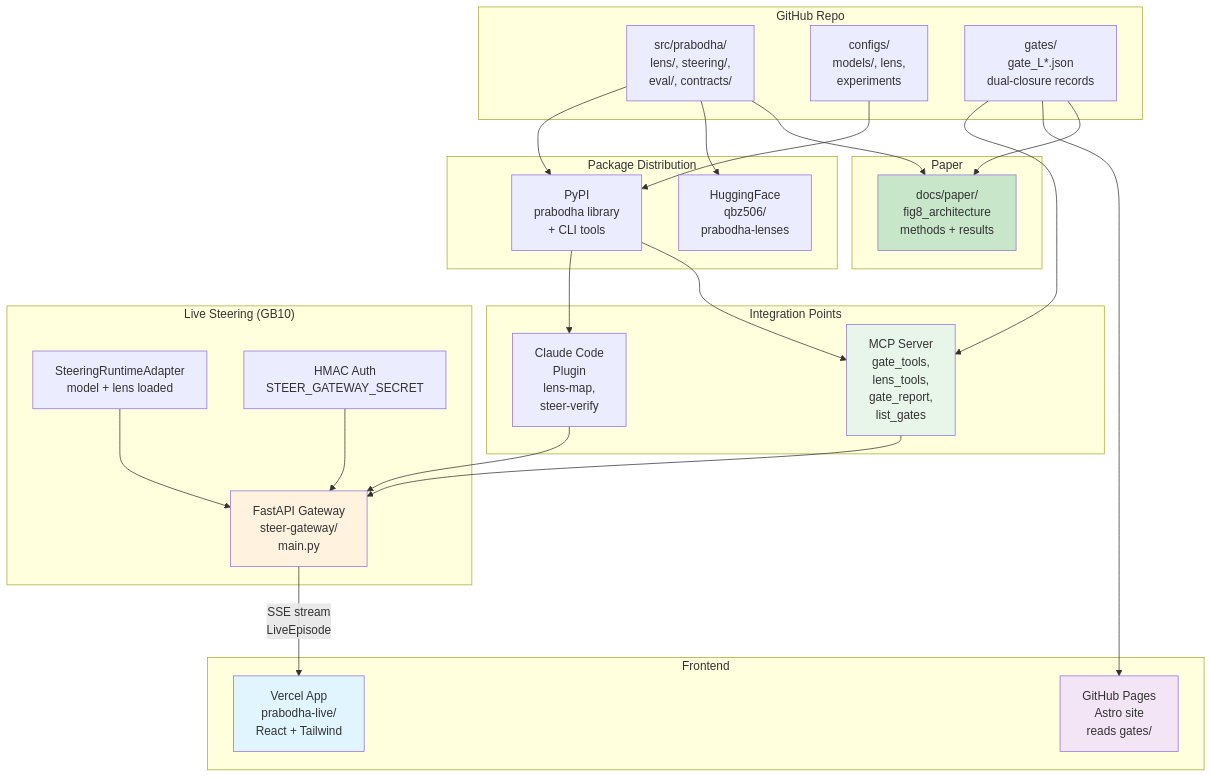
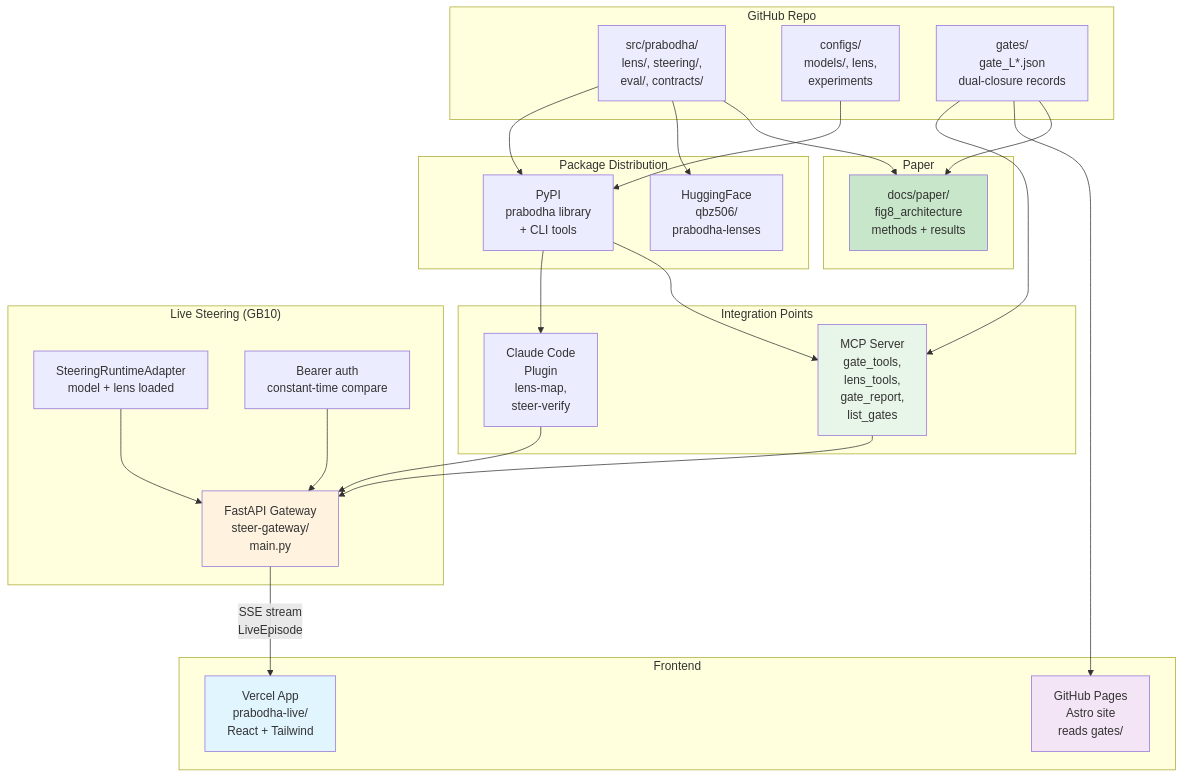
Before and after one commit to SharathSPhD/prabodha: the third of 3 diagrams in README.md, drawn with Mermaid. The commit also changed other lines of this file and 2 other files, not shown here.

Commit message:
fix(flowcharts): review corrections — per-plant band ranges (twin [6,26), Qwen3 [6,30)), Bearer-auth label (was 'HMAC Auth'), drop nonexistent gates/.manifest, fix garbled alpha label

````diff
--- a/README.md
+++ b/README.md
@@ -98,54 +98,54 @@
 ```mermaid
 graph TB
     subgraph "GitHub Repo"
         SRC["src/prabodha/<br/>lens/, steering/,<br/>eval/, contracts/"]
         CONFIGS["configs/<br/>models/, lens,<br/>experiments"]
         GATES["gates/<br/>gate_L*.json<br/>dual-closure records"]
     end
     
     subgraph "Package Distribution"
         PYPI["PyPI<br/>prabodha library<br/>+ CLI tools"]
         HF["HuggingFace<br/>qbz506/<br/>prabodha-lenses"]
     end
     
     subgraph "Integration Points"
         MCP["MCP Server<br/>gate_tools,<br/>lens_tools,<br/>gate_report,<br/>list_gates"]
         PLUGIN["Claude Code<br/>Plugin<br/>lens-map,<br/>steer-verify"]
     end
     
     subgraph "Live Steering (GB10)"
         RUNTIME["SteeringRuntimeAdapter<br/>model + lens loaded"]
         GATEWAY["FastAPI Gateway<br/>steer-gateway/<br/>main.py"]
-        HMAC["HMAC Auth<br/>STEER_GATEWAY_SECRET"]
+        HMAC["Bearer auth<br/>constant-time compare"]
     end
     
     subgraph "Frontend"
         VERCEL["Vercel App<br/>prabodha-live/<br/>React + Tailwind"]
         PAGES["GitHub Pages<br/>Astro site<br/>reads gates/"]
     end
     
     subgraph "Paper"
         PAPER["docs/paper/<br/>fig8_architecture<br/>methods + results"]
     end
     
     SRC --> PYPI
     SRC --> HF
     CONFIGS --> PYPI
     GATES --> MCP
     GATES --> PAGES
     PYPI --> PLUGIN
     PYPI --> MCP
     PLUGIN --> GATEWAY
     MCP --> GATEWAY
     RUNTIME --> GATEWAY
     HMAC --> GATEWAY
     GATEWAY -->|SSE stream<br/>LiveEpisode| VERCEL
     GATES --> PAPER
     SRC --> PAPER
     
     style GATEWAY fill:#fff3e0
     style VERCEL fill:#e1f5ff
     style PAGES fill:#f3e5f5
     style MCP fill:#e8f5e9
     style PAPER fill:#c8e6c9
 ```
````
